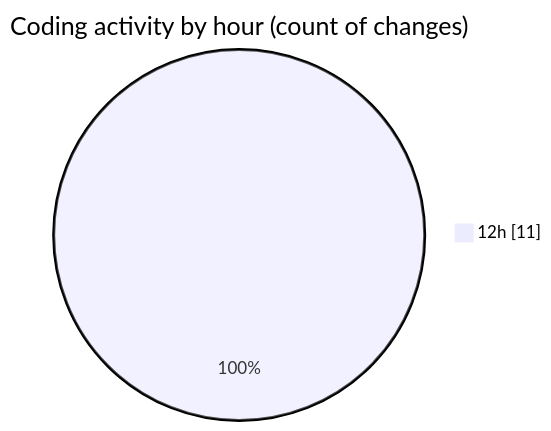
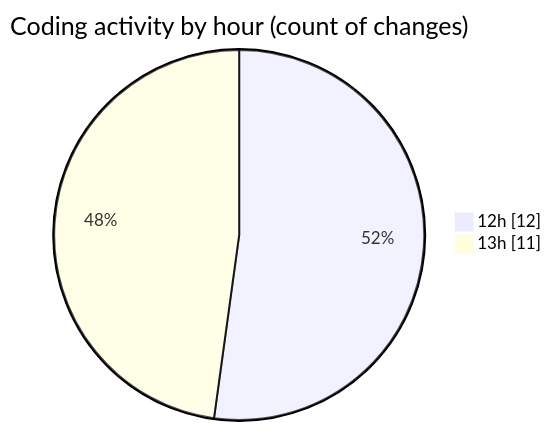
One commit to CELIANVF/code-tracking changed the second of 2 diagrams in 2025-02-14/tp3_-_machine_learning/README.md. Above: the diagram before and after it, drawn with Mermaid. The commit also changed other lines of this file and 1 other file, not shown here.

````diff
--- a/2025-02-14/tp3_-_machine_learning/README.md
+++ b/2025-02-14/tp3_-_machine_learning/README.md
@@ -28,5 +28,6 @@
 ```mermaid
 pie showData
 title Coding activity by hour (count of changes)
-"12h" : 11
+"12h" : 12
+"13h" : 11
 ```
````
